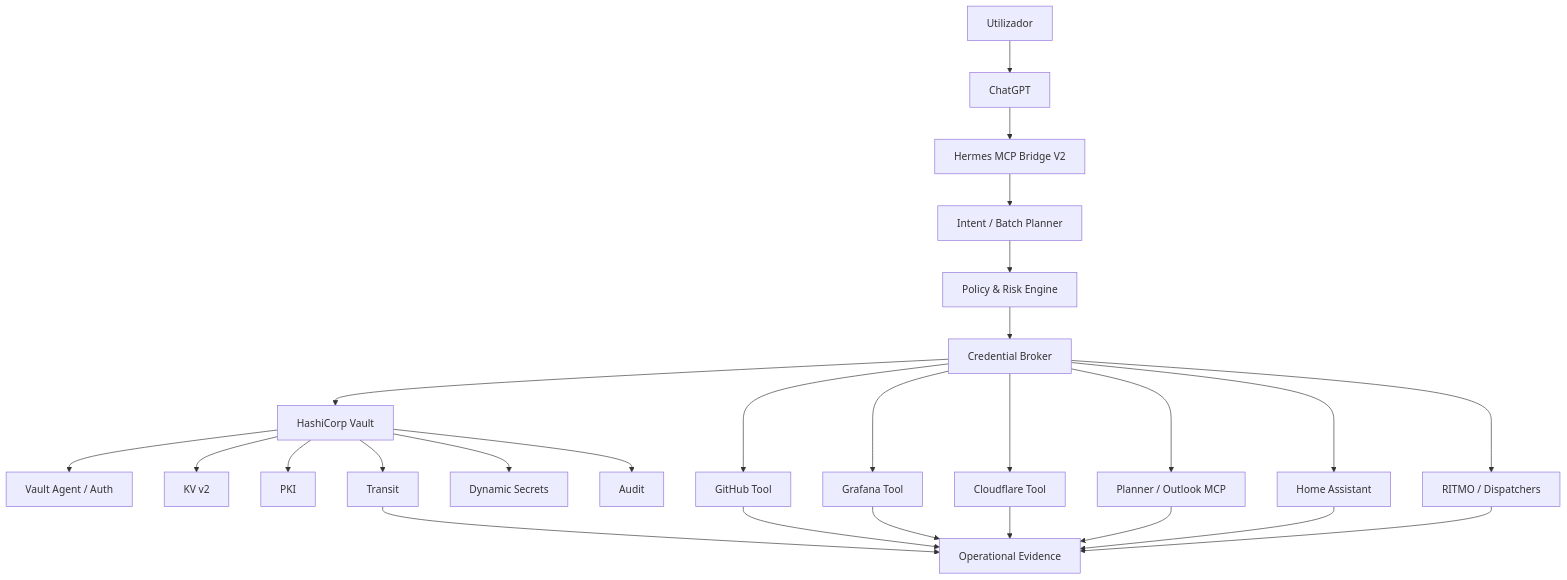
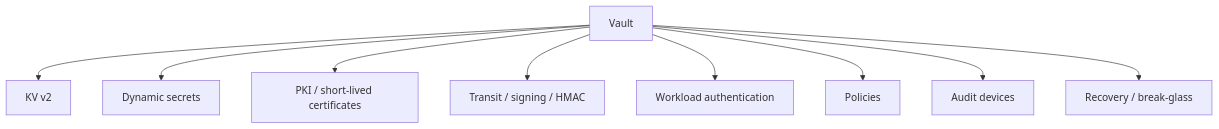
Before and after one commit to pestoura/hermes-vault: the second of 4 diagrams in README.md, drawn with Mermaid. The commit also changed other lines of this file and 1 other file, not shown here.

First line of the commit message:
docs: comprehensive Vault blueprint documentation review (#13)

````diff
--- a/README.md
+++ b/README.md
@@ -29,31 +73,11 @@
 ```mermaid
-flowchart TD
-    U[Utilizador] --> C[ChatGPT]
-    C --> B[Hermes MCP Bridge V2]
-    B --> P[Intent / Batch Planner]
-    P --> E[Policy & Risk Engine]
-    E --> CB[Credential Broker]
-    CB --> V[HashiCorp Vault]
-
-    V --> VA[Vault Agent / Auth]
-    V --> KV[KV v2]
-    V --> PKI[PKI]
-    V --> TR[Transit]
-    V --> DS[Dynamic Secrets]
-    V --> AU[Audit]
-
-    CB --> GH[GitHub Tool]
-    CB --> GF[Grafana Tool]
-    CB --> CF[Cloudflare Tool]
-    CB --> MS[Planner / Outlook MCP]
-    CB --> HA[Home Assistant]
-    CB --> RT[RITMO / Dispatchers]
-
-    GH --> EV[Operational Evidence]
-    GF --> EV
-    CF --> EV
-    MS --> EV
-    HA --> EV
-    RT --> EV
-    TR --> EV
+flowchart TB
+    V[Vault] --> KV[KV v2]
+    V --> DS[Dynamic secrets]
+    V --> PKI[PKI / short-lived certificates]
+    V --> TR[Transit / signing / HMAC]
+    V --> AUTH[Workload authentication]
+    V --> POL[Policies]
+    V --> AUD[Audit devices]
+    V --> REC[Recovery / break-glass]
 ```
````
